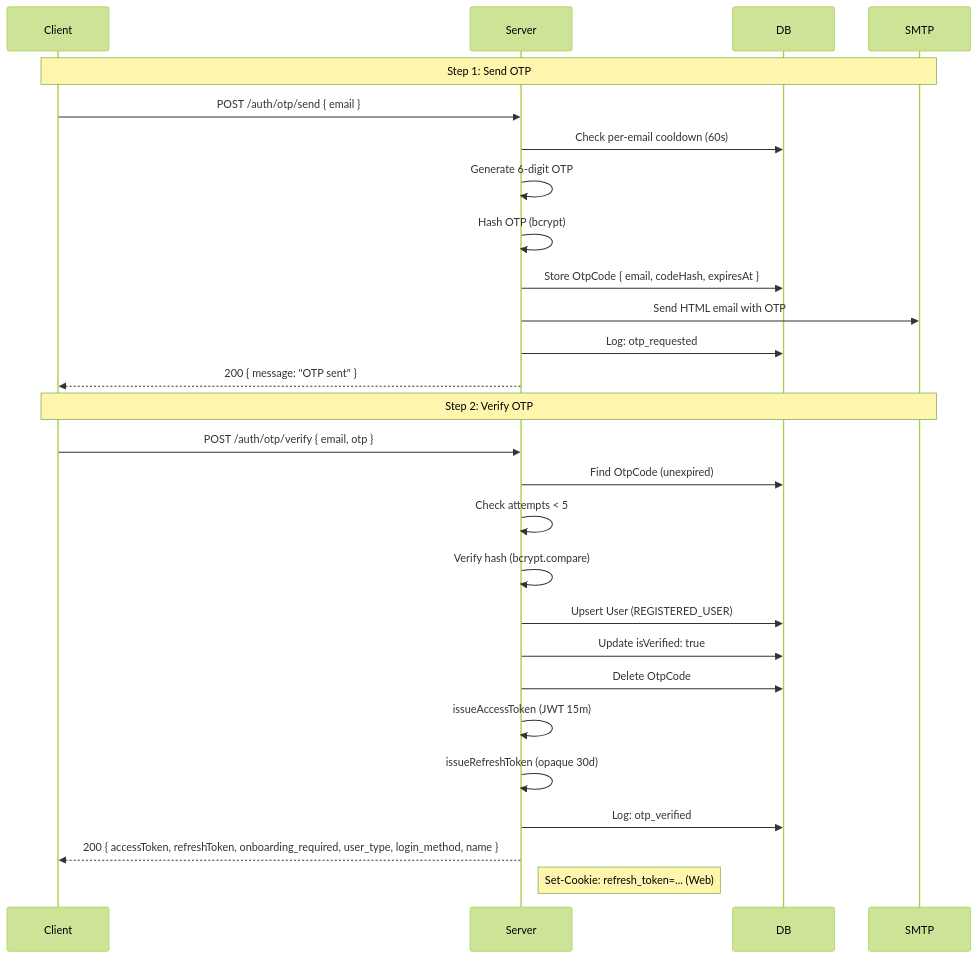
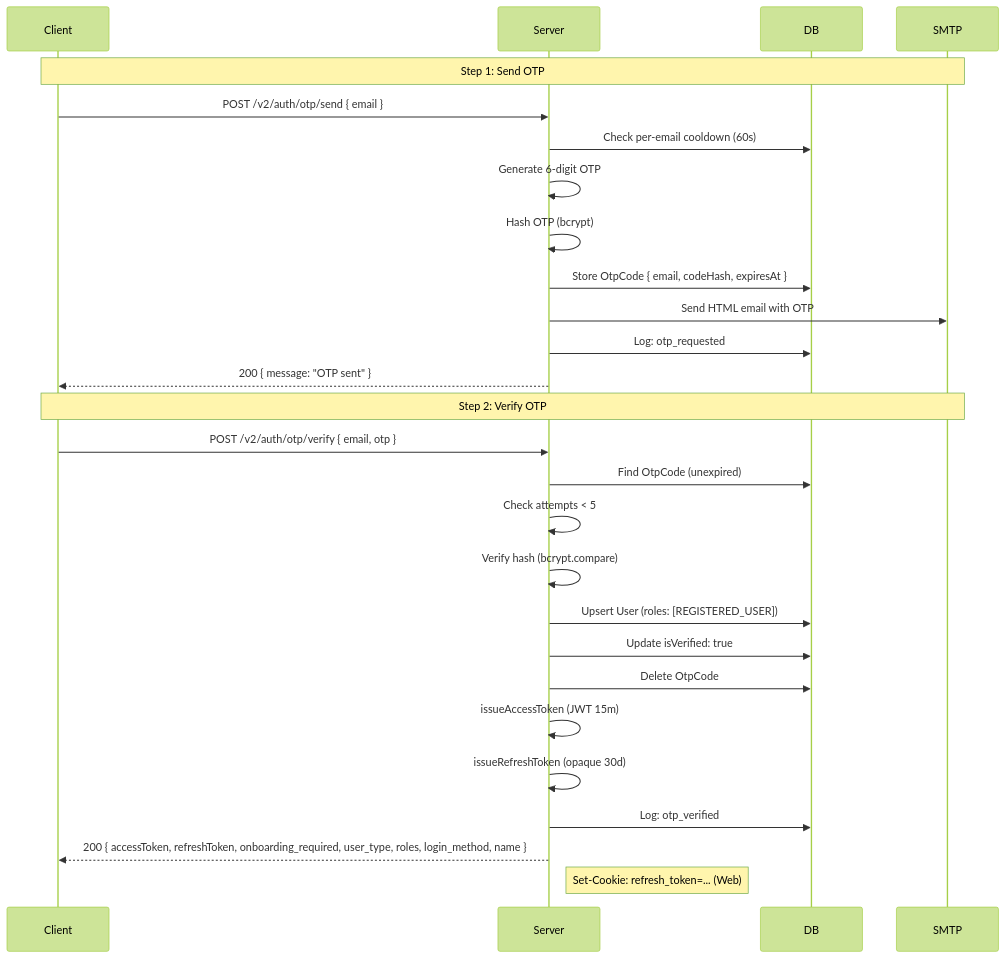
The first of 4 diagrams in docs/AUTH_MODULE.md (duwaragie-work/cardioplace-v2), drawn with Mermaid (forest theme) before and after one commit. The commit also changed other lines of this file and 2 other files, not shown here.

````diff
--- a/docs/AUTH_MODULE.md
+++ b/docs/AUTH_MODULE.md
@@ -263,31 +275,31 @@
 ```mermaid
 sequenceDiagram
     participant Client
     participant Server
     participant DB
     participant SMTP
 
     Note over Client, SMTP: Step 1: Send OTP
-    Client->>Server: POST /auth/otp/send { email }
+    Client->>Server: POST /v2/auth/otp/send { email }
     Server->>DB: Check per-email cooldown (60s)
     Server->>Server: Generate 6-digit OTP
     Server->>Server: Hash OTP (bcrypt)
     Server->>DB: Store OtpCode { email, codeHash, expiresAt }
     Server->>SMTP: Send HTML email with OTP
     Server->>DB: Log: otp_requested
     Server-->>Client: 200 { message: "OTP sent" }
 
     Note over Client, SMTP: Step 2: Verify OTP
-    Client->>Server: POST /auth/otp/verify { email, otp }
+    Client->>Server: POST /v2/auth/otp/verify { email, otp }
     Server->>DB: Find OtpCode (unexpired)
     Server->>Server: Check attempts < 5
     Server->>Server: Verify hash (bcrypt.compare)
-    Server->>DB: Upsert User (REGISTERED_USER)
+    Server->>DB: Upsert User (roles: [REGISTERED_USER])
     Server->>DB: Update isVerified: true
     Server->>DB: Delete OtpCode
     Server->>Server: issueAccessToken (JWT 15m)
     Server->>Server: issueRefreshToken (opaque 30d)
     Server->>DB: Log: otp_verified
-    Server-->>Client: 200 { accessToken, refreshToken, onboarding_required, user_type, login_method, name }
+    Server-->>Client: 200 { accessToken, refreshToken, onboarding_required, user_type, roles, login_method, name }
     Note right of Server: Set-Cookie: refresh_token=... (Web)
 ```
````
